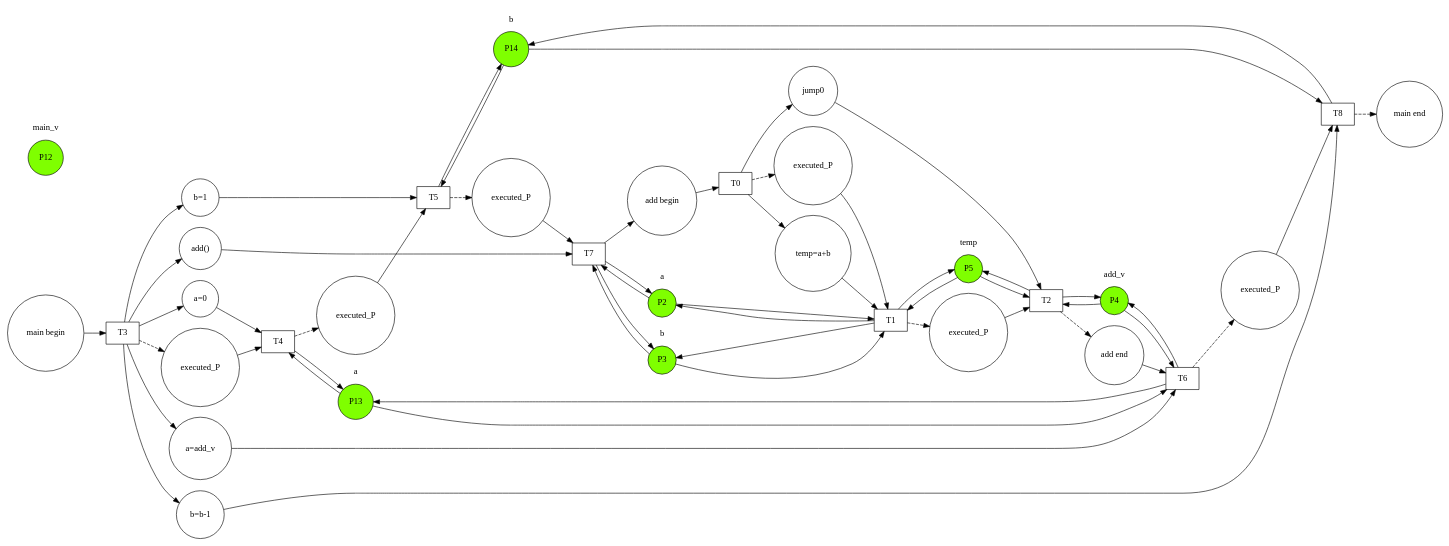
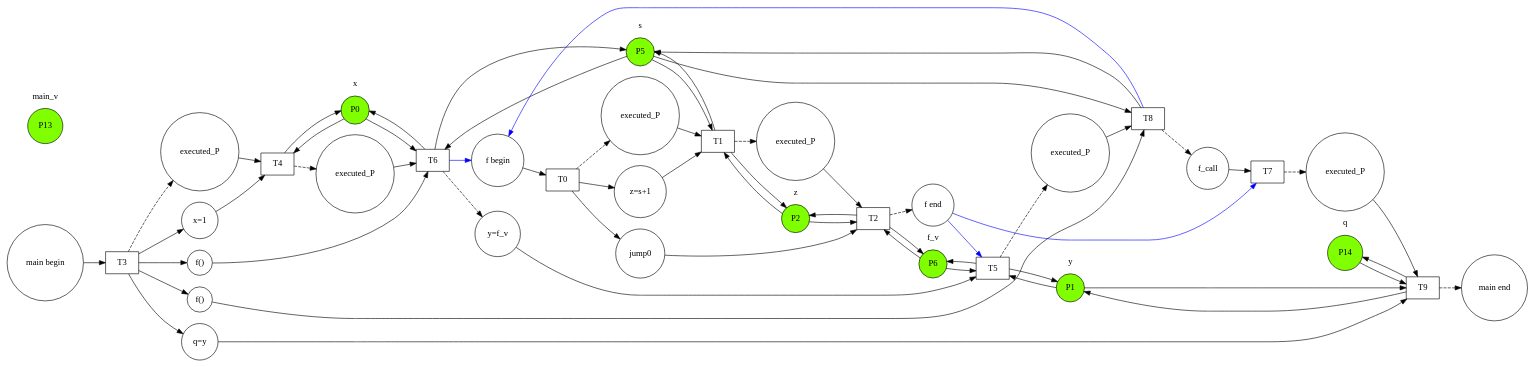
The diagram in cmake-build-debug/1.dot (ccisman/DAMER), drawn with Graphviz before and after one commit. The commit also changed 26 other files, not shown here.

```diff
--- a/cmake-build-debug/1.dot
+++ b/cmake-build-debug/1.dot
@@ -1,92 +1,98 @@
 digraph G{
 rankdir = LR
-P0[shape=circle,label="add begin"]
-P1[shape=circle,label="add end"]
-subgraph cluster_P2{label="a"color="white"P2[shape=circle, style="filled",color="black",fillcolor="chartreuse"]}
-subgraph cluster_P3{label="b"color="white"P3[shape=circle, style="filled",color="black",fillcolor="chartreuse"]}
-subgraph cluster_P4{label="add_v"color="white"P4[shape=circle, style="filled",color="black",fillcolor="chartreuse"]}
-subgraph cluster_P5{label="temp"color="white"P5[shape=circle, style="filled",color="black",fillcolor="chartreuse"]}
-P6[shape=circle,label="temp=a+b"]
-P7[shape=circle,label="jump0"]
-P8[shape=circle,label="executed_P"]
+subgraph cluster_P0{label="x"color="white"P0[shape=circle, style="filled",color="black",fillcolor="chartreuse"]}
+subgraph cluster_P1{label="y"color="white"P1[shape=circle, style="filled",color="black",fillcolor="chartreuse"]}
+subgraph cluster_P2{label="z"color="white"P2[shape=circle, style="filled",color="black",fillcolor="chartreuse"]}
+P3[shape=circle,label="f begin"]
+P4[shape=circle,label="f end"]
+subgraph cluster_P5{label="s"color="white"P5[shape=circle, style="filled",color="black",fillcolor="chartreuse"]}
+subgraph cluster_P6{label="f_v"color="white"P6[shape=circle, style="filled",color="black",fillcolor="chartreuse"]}
+P7[shape=circle,label="z=s+1"]
+P8[shape=circle,label="jump0"]
 P9[shape=circle,label="executed_P"]
-P10[shape=circle,label="main begin"]
-P11[shape=circle,label="main end"]
-subgraph cluster_P12{label="main_v"color="white"P12[shape=circle, style="filled",color="black",fillcolor="chartreuse"]}
-subgraph cluster_P13{label="a"color="white"P13[shape=circle, style="filled",color="black",fillcolor="chartreuse"]}
-subgraph cluster_P14{label="b"color="white"P14[shape=circle, style="filled",color="black",fillcolor="chartreuse"]}
-P15[shape=circle,label="a=0"]
-P16[shape=circle,label="b=1"]
-P17[shape=circle,label="a=add_v"]
-P18[shape=circle,label="add()"]
-P19[shape=circle,label="b=b-1"]
-P20[shape=circle,label="executed_P"]
+P10[shape=circle,label="executed_P"]
+P11[shape=circle,label="main begin"]
+P12[shape=circle,label="main end"]
+subgraph cluster_P13{label="main_v"color="white"P13[shape=circle, style="filled",color="black",fillcolor="chartreuse"]}
+subgraph cluster_P14{label="q"color="white"P14[shape=circle, style="filled",color="black",fillcolor="chartreuse"]}
+P15[shape=circle,label="x=1"]
+P16[shape=circle,label="y=f_v"]
+P17[shape=circle,label="f()"]
+P18[shape=circle,label="f_call"]
+P19[shape=circle,label="f()"]
+P20[shape=circle,label="q=y"]
 P21[shape=circle,label="executed_P"]
 P22[shape=circle,label="executed_P"]
 P23[shape=circle,label="executed_P"]
+P24[shape=circle,label="executed_P"]
 T0[shape=box]
 T1[shape=box]
 T2[shape=box]
 T3[shape=box]
 T4[shape=box]
 T5[shape=box]
 T6[shape=box]
 T7[shape=box]
 T8[shape=box]
-P0->T0
-P6->T1
+T9[shape=box]
+P3->T0
+P7->T1
+P5->T1
+T1->P5
+T1->P2
 P2->T1
-T1->P2
-P3->T1
-T1->P3
-T1->P5
-P5->T1
-P7->T2
-T2->P1[style="dashed"]
-T2->P4
-P4->T2
-P5->T2
-T2->P5
-T0->P6
-T0->P8[style="dashed"]
-P8->T1
+P8->T2
+T2->P4[style="dashed"]
+T2->P6
+P6->T2
+P2->T2
+T2->P2
 T0->P7
-T1->P9[style="dashed"]
-P9->T2
-P10->T3
+T0->P9[style="dashed"]
+P9->T1
+T0->P8
+T1->P10[style="dashed"]
+P10->T2
+P11->T3
 P15->T4
-T4->P13
-P13->T4
+T4->P0
+P0->T4
 P16->T5
-T5->P14
-P14->T5
 P17->T6
+T6->P5
+P5->T6
+P0->T6
+T6->P0
+T6->P3[color="blue"]
+P4->T5[color="blue"]
+T6->P16[style="dashed"]
+P6->T5
+T5->P6
+T5->P1
+P1->T5
 P18->T7
-T7->P2
-P2->T7
-T7->P3
-P3->T7
-T7->P0
-P1->T6
-P4->T6
-T6->P4
-T6->P13
-P13->T6
 P19->T8
-P14->T8
-T8->P14
+T8->P5
+P5->T8
+T8->P3[color="blue"]
+P4->T7[color="blue"]
+T8->P18[style="dashed"]
+P20->T9
+P1->T9
+T9->P1
+T9->P14
+P14->T9
 T3->P15
-T3->P20[style="dashed"]
-P20->T4
-T3->P16
-T4->P21[style="dashed"]
-P21->T5
-T3->P18
+T3->P21[style="dashed"]
+P21->T4
 T3->P17
-T5->P22[style="dashed"]
-P22->T7
+T4->P22[style="dashed"]
+P22->T6
 T3->P19
-T6->P23[style="dashed"]
+T5->P23[style="dashed"]
 P23->T8
-T8->P11[style="dashed"]
+T3->P20
+T7->P24[style="dashed"]
+P24->T9
+T9->P12[style="dashed"]
 }
```
